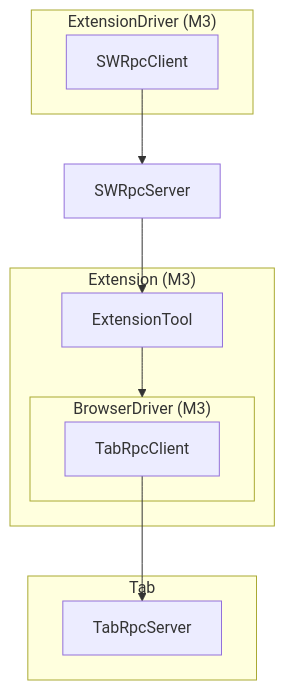
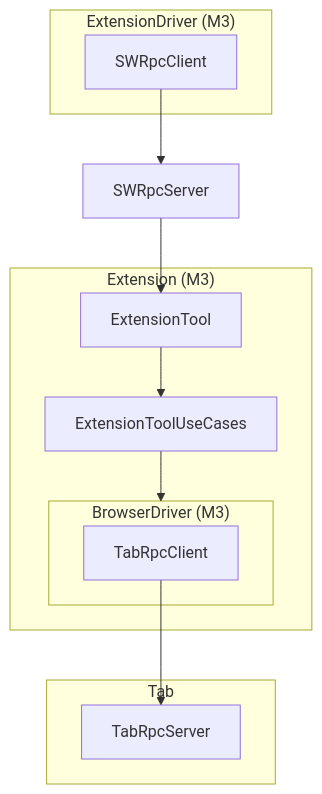
One commit to ndthanhdev/mcp-browser-kit changed the second of 2 diagrams in docs/architecture.md. Above: the diagram before and after it, drawn with Mermaid. The commit also changed 7 other files, not shown here.

````diff
--- a/docs/architecture.md
+++ b/docs/architecture.md
@@ -59,24 +59,25 @@
 ```mermaid
 flowchart TD
   subgraph ExtensionDriver["ExtensionDriver (M3)"]
     SWRpcClient
   end
   subgraph Tab
     TabRpcServer
     SWRpcClient
   end
   subgraph BrowserDriver["BrowserDriver (M3)"]
     TabRpcClient
   end
   SWRpcServer
-  SWRpcServer
   subgraph Extension["Extension (M3)"]
     ExtensionTool
+    ExtensionToolUseCases
     BrowserDriver
   end
   Tab
   SWRpcClient --> SWRpcServer
   SWRpcServer --> ExtensionTool
-  ExtensionTool --> BrowserDriver
+  ExtensionTool --> ExtensionToolUseCases
+  ExtensionToolUseCases --> BrowserDriver
   TabRpcClient --> TabRpcServer
 ```
````
